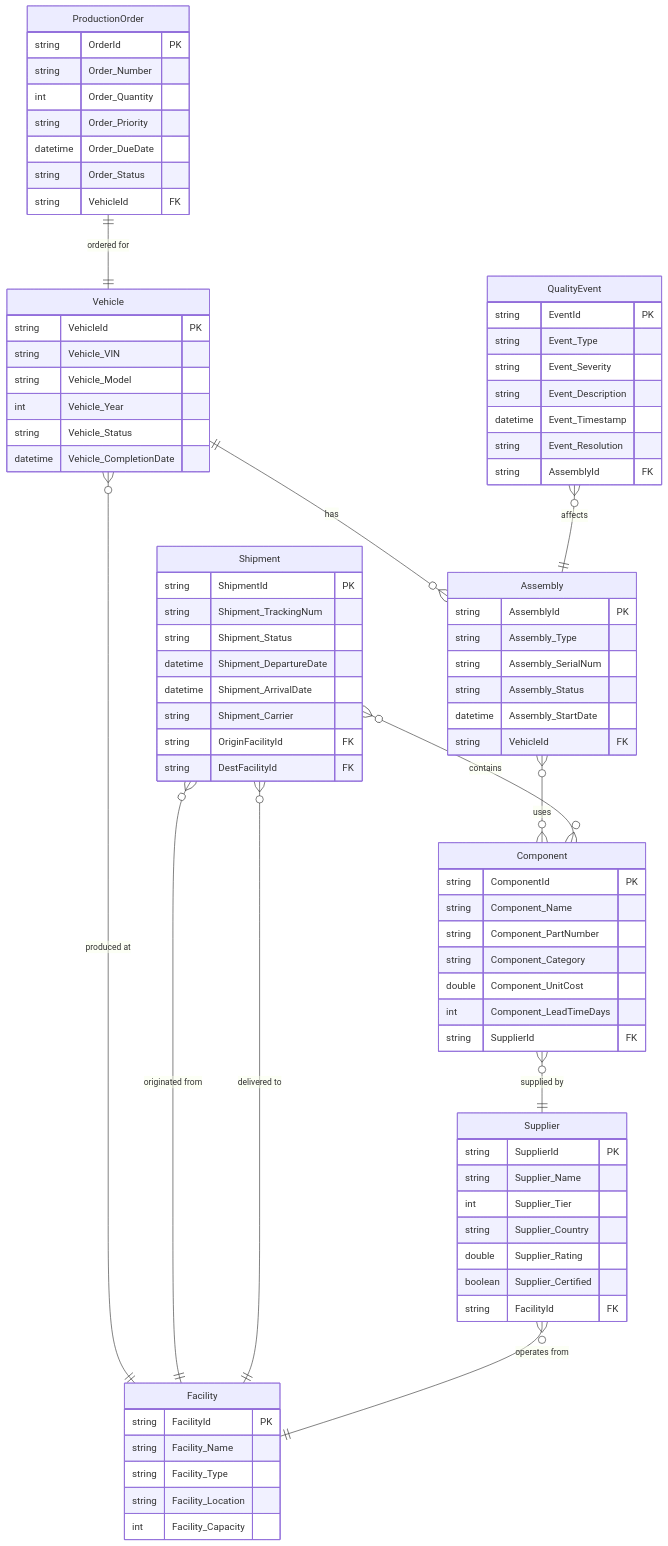
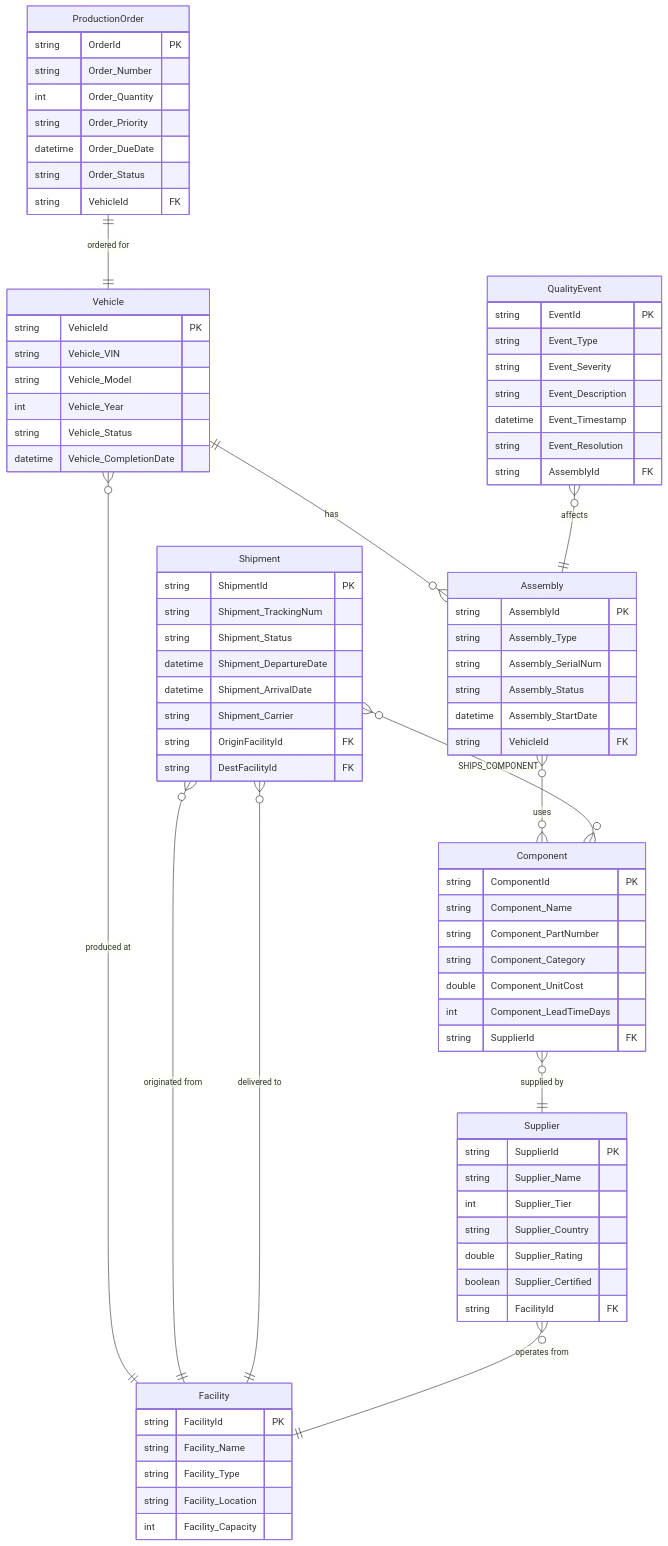
The diagram in AutoManufacturing-SupplyChain/ontology-structure.md (rploeg/Fabric-Ontology-demoAgent), drawn with Mermaid before and after one commit. The commit also changed other lines of this file and 9 other files, not shown here.

```diff
--- a/AutoManufacturing-SupplyChain/ontology-structure.md
+++ b/AutoManufacturing-SupplyChain/ontology-structure.md
@@ -138,7 +138,7 @@
     QualityEvent }o--|| Assembly : "affects"
     Shipment }o--|| Facility : "originated from"
     Shipment }o--|| Facility : "delivered to"
-    Shipment }o--o{ Component : "contains"
+    Shipment }o--o{ Component : "SHIPS_COMPONENT"
     Supplier }o--|| Facility : "operates from"
     
     Vehicle {
```
